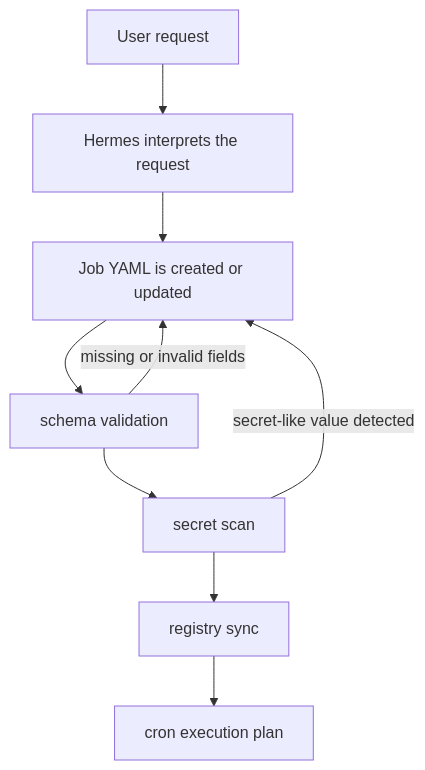
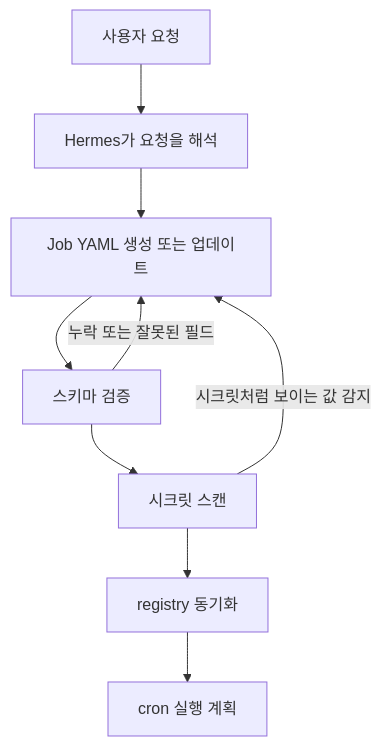
The diagram in README.md (KitchenGun/personal-hermes-agent), drawn with Mermaid before and after one commit. The commit also changed other lines of this file, not shown here.

````diff
--- a/README.md
+++ b/README.md
@@ -131,12 +133,12 @@
 ```mermaid
 flowchart TD
-    A[User request] --> B[Hermes interprets the request]
-    B --> C[Job YAML is created or updated]
-    C --> D[schema validation]
-    D --> E[secret scan]
-    E --> F[registry sync]
-    F --> G[cron execution plan]
+    A[사용자 요청] --> B[Hermes가 요청을 해석]
+    B --> C[Job YAML 생성 또는 업데이트]
+    C --> D[스키마 검증]
+    D --> E[시크릿 스캔]
+    E --> F[registry 동기화]
+    F --> G[cron 실행 계획]
 
-    D -->|missing or invalid fields| C
-    E -->|secret-like value detected| C
+    D -->|누락 또는 잘못된 필드| C
+    E -->|시크릿처럼 보이는 값 감지| C
 ```
````
